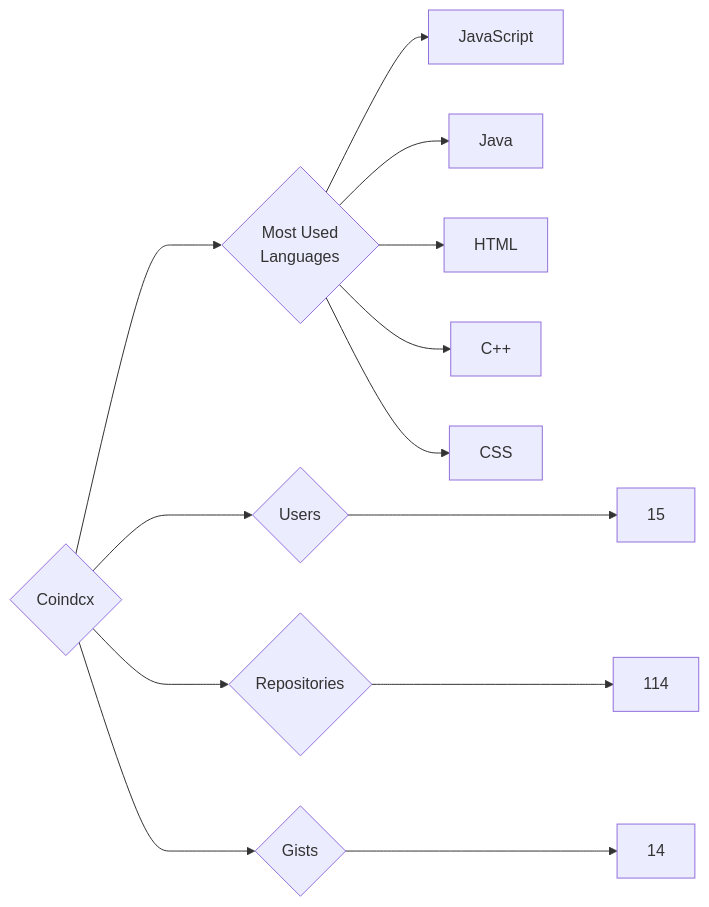
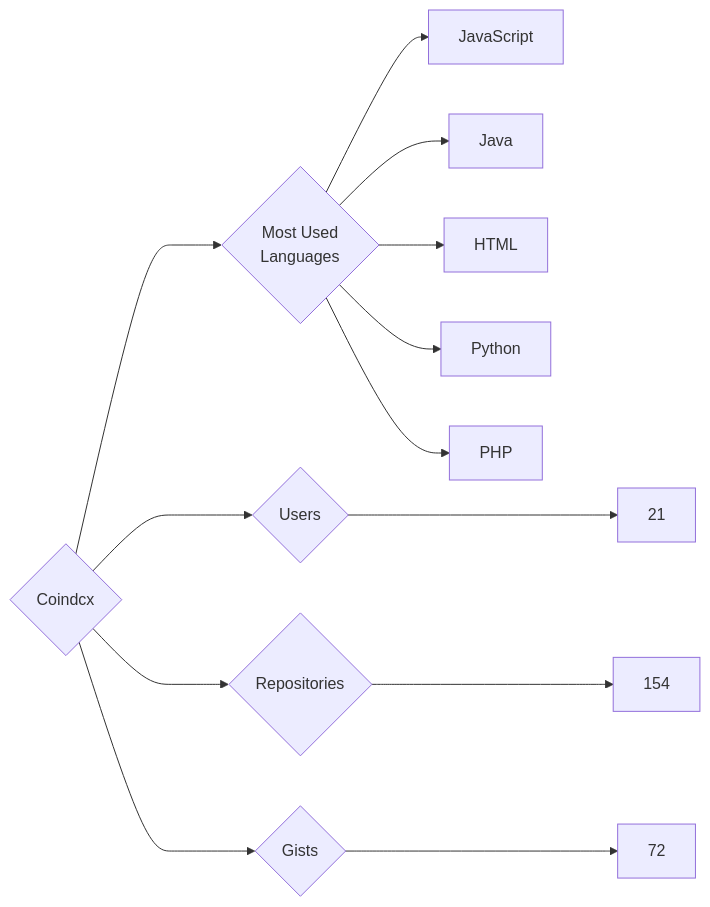
One commit to trickest/insiders changed the diagram in targets/Coindcx/README.md. Above: the diagram before and after it, drawn with Mermaid. The commit also changed 861 other files, not shown here.

````diff
--- a/targets/Coindcx/README.md
+++ b/targets/Coindcx/README.md
@@ -3,13 +3,13 @@
 ```mermaid
 graph LR
 COMPANY_NAME{Coindcx}
-COMPANY_NAME ---> U{Users} ---> UN[15]
-COMPANY_NAME ---> R{Repositories} ---> RN[114]
-COMPANY_NAME ---> G{Gists} ---> GN[14]
+COMPANY_NAME ---> U{Users} ---> UN[21]
+COMPANY_NAME ---> R{Repositories} ---> RN[154]
+COMPANY_NAME ---> G{Gists} ---> GN[72]
 COMPANY_NAME ---> ML{Most Used<br>Languages}
 ML --> JavaScript[JavaScript]
 ML --> Java[Java]
 ML --> HTML[HTML]
-ML --> C++[C++]
-ML --> CSS[CSS]
+ML --> Python[Python]
+ML --> PHP[PHP]
 ```
````
